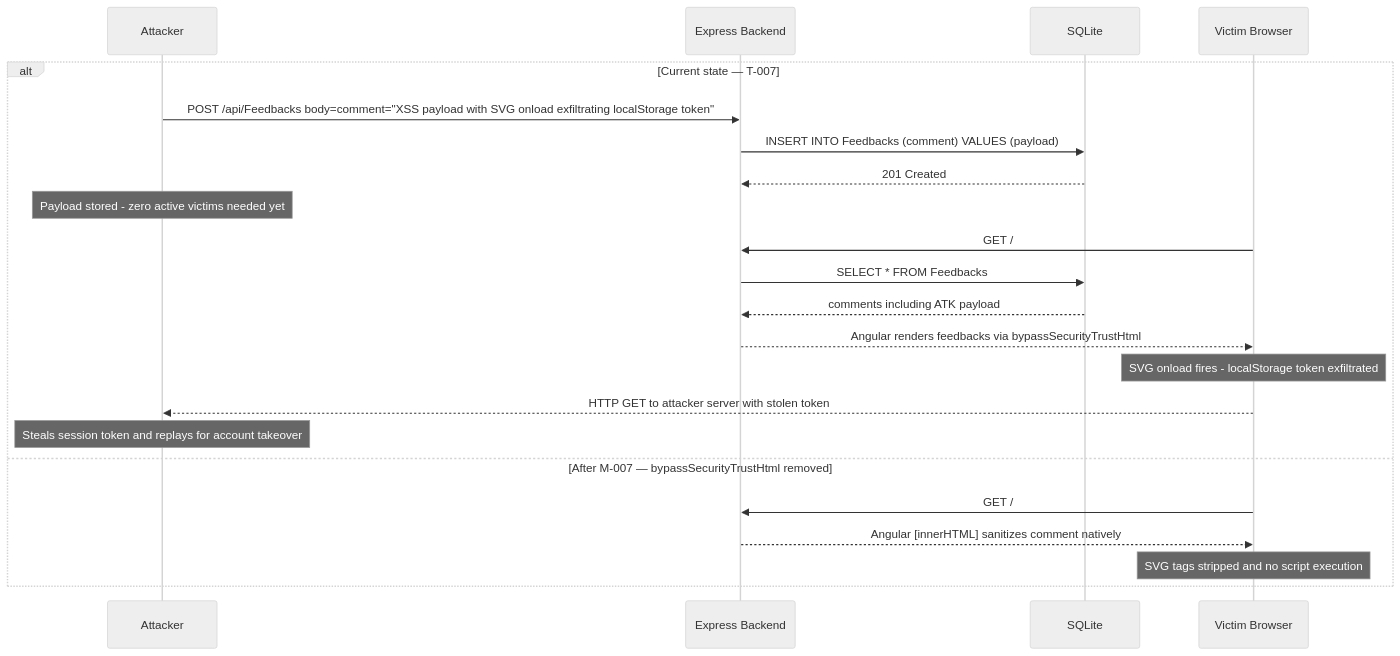
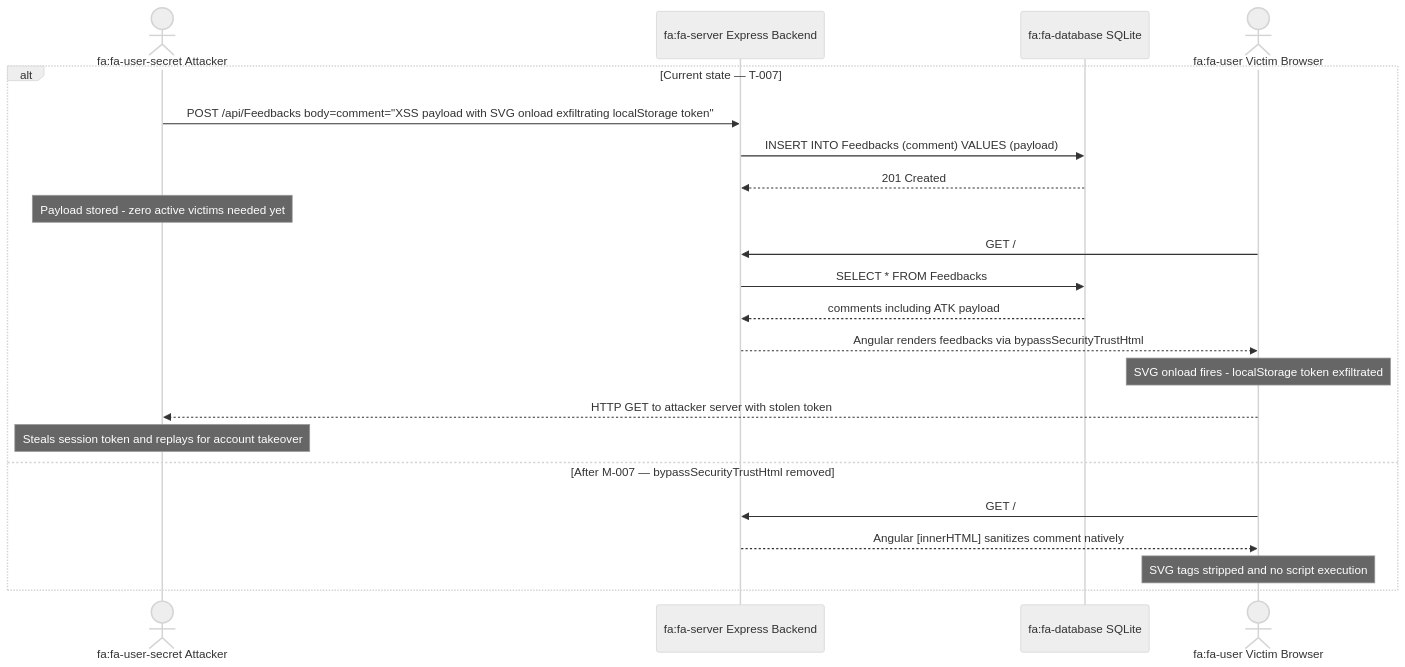
Diagram 12 of 18 in examples/threat-modeler/threat-mode-juice-shop-standard.md (appsec-foundry/appsec-advisor), drawn with Mermaid (neutral theme) before and after one commit. The commit also changed other lines of this file and 9 other files, not shown here.

Commit message:
mermaid diagrams improved

````diff
--- a/examples/threat-modeler/threat-mode-juice-shop-standard.md
+++ b/examples/threat-modeler/threat-mode-juice-shop-standard.md
@@ -842,25 +669,25 @@
 ```mermaid
 sequenceDiagram
-    participant ATK as Attacker
-    participant API as Express Backend
-    participant DB as SQLite
-    participant VICTIM as Victim Browser
+    actor ATK as fa:fa-user-secret Attacker
+    participant API as fa:fa-server Express Backend
+    participant DB as fa:fa-database SQLite
+    actor VICTIM as fa:fa-user Victim Browser
 
     alt Current state — T-007
         ATK->>API: POST /api/Feedbacks body=comment="XSS payload with SVG onload exfiltrating localStorage token"
         API->>DB: INSERT INTO Feedbacks (comment) VALUES (payload)
         DB-->>API: 201 Created
         Note over ATK: Payload stored - zero active victims needed yet
         VICTIM->>API: GET /# (About page)
         API->>DB: SELECT * FROM Feedbacks
         DB-->>API: comments including ATK payload
         API-->>VICTIM: Angular renders feedbacks via bypassSecurityTrustHtml
         Note over VICTIM: SVG onload fires - localStorage token exfiltrated
         VICTIM-->>ATK: HTTP GET to attacker server with stolen token
         Note over ATK: Steals session token and replays for account takeover
     else After M-007 — bypassSecurityTrustHtml removed
         VICTIM->>API: GET /# (About page)
         API-->>VICTIM: Angular [innerHTML] sanitizes comment natively
         Note over VICTIM: SVG tags stripped and no script execution
     end
 ```
````
